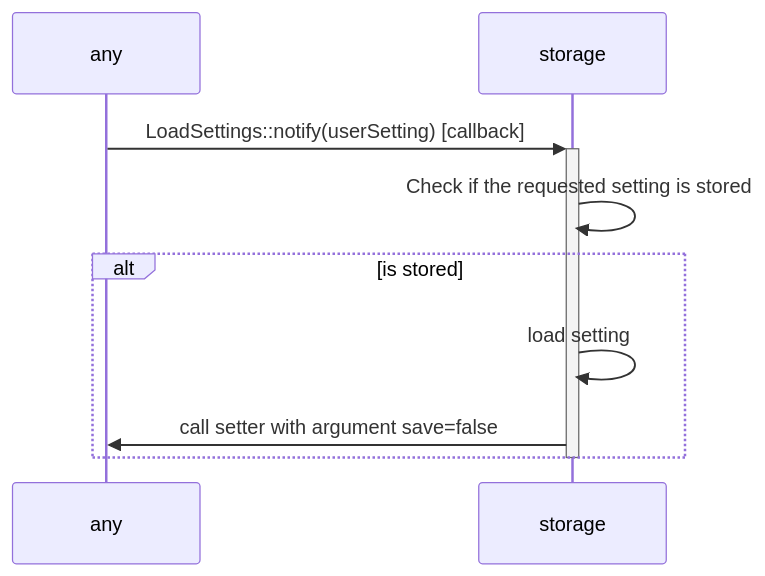
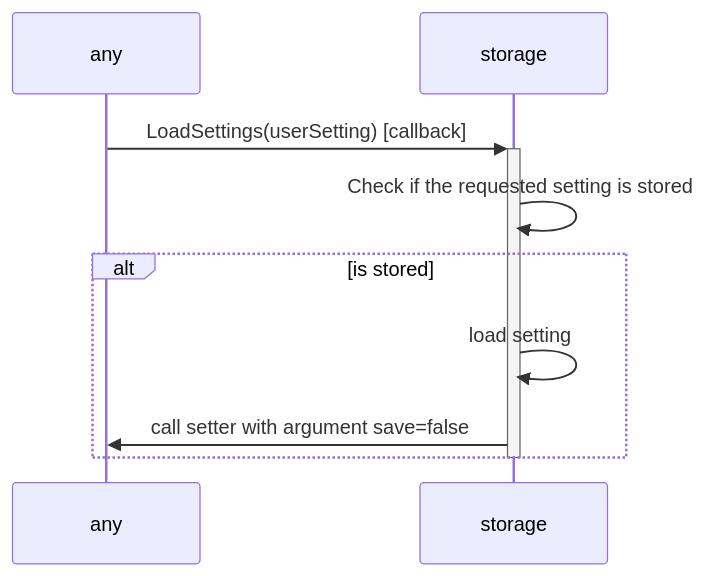
The ninth of 11 diagrams in doc/firmware/FirmwareArchitecture_en.md (afpineda/OpenSourceSimWheelESP32), drawn with Mermaid before and after one commit. The commit also changed other lines of this file, not shown here.

````diff
--- a/doc/firmware/FirmwareArchitecture_en.md
+++ b/doc/firmware/FirmwareArchitecture_en.md
@@ -408,12 +408,12 @@
 ```mermaid
 sequenceDiagram
   participant any
   participant storage
-  any ->>+ storage: LoadSettings::notify(userSetting) [callback]
+  any ->>+ storage: LoadSettings(userSetting) [callback]
     storage ->> storage: Check if the requested setting is stored
     alt is stored
       storage ->> storage: load setting
       storage ->> any: call setter with argument save=false
     end
   deactivate storage
 ```
````
